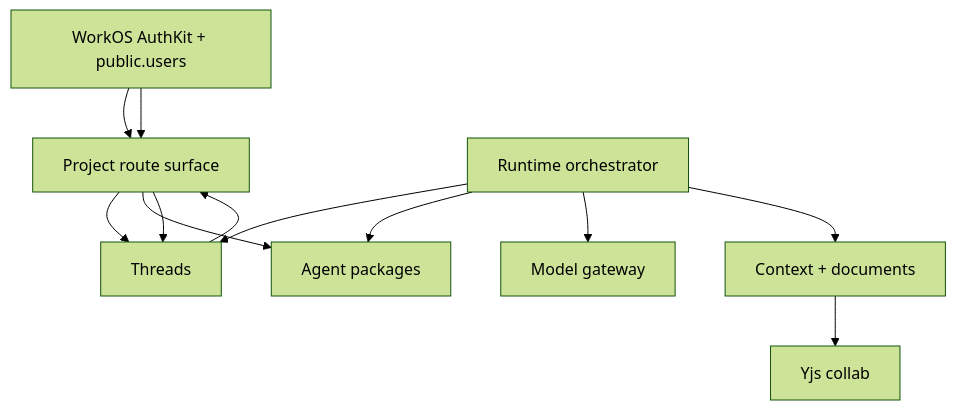
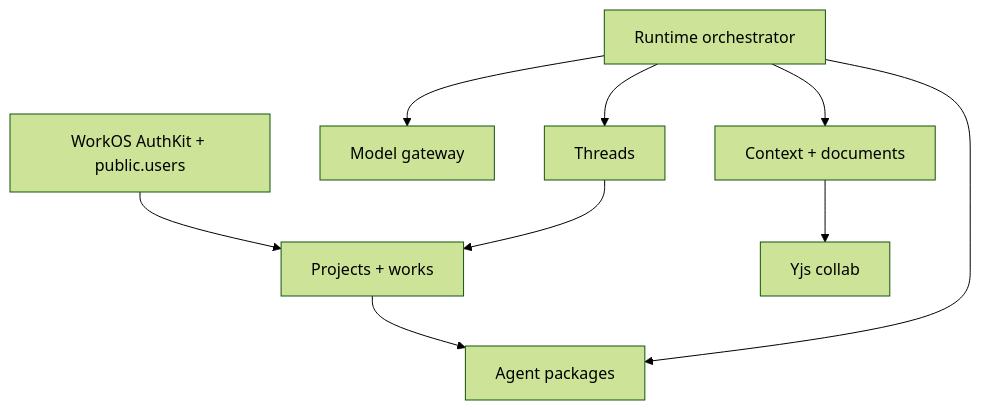
Before and after one commit to haowjy/meridian-flow: the diagram in .context/CONTEXT.md, drawn with Mermaid (forest theme). The commit also changed other lines of this file, not shown here.

First line of the commit message:
docs: fix repo architecture overview — dedupe graph, excise parity-audit notes

````diff
--- a/.context/CONTEXT.md
+++ b/.context/CONTEXT.md
@@ -9,24 +9,20 @@
 ```mermaid
 flowchart TD
   Projects[Projects + works]
-  Projects[Project route surface]
   Auth[WorkOS AuthKit + public.users]
   Packages[Agent packages]
   Runtime[Runtime orchestrator]
   Gateway[Model gateway]
   Threads[Threads]
   Context[Context + documents]
   Collab[Yjs collab]
 
   Auth --> Projects
-  Auth --> Projects
-  Projects --> Threads
   Projects --> Packages
-  Projects --> Threads
   Runtime --> Threads
   Runtime --> Packages
   Runtime --> Gateway
   Runtime --> Context
   Context --> Collab
   Threads --> Projects
 ```
````
